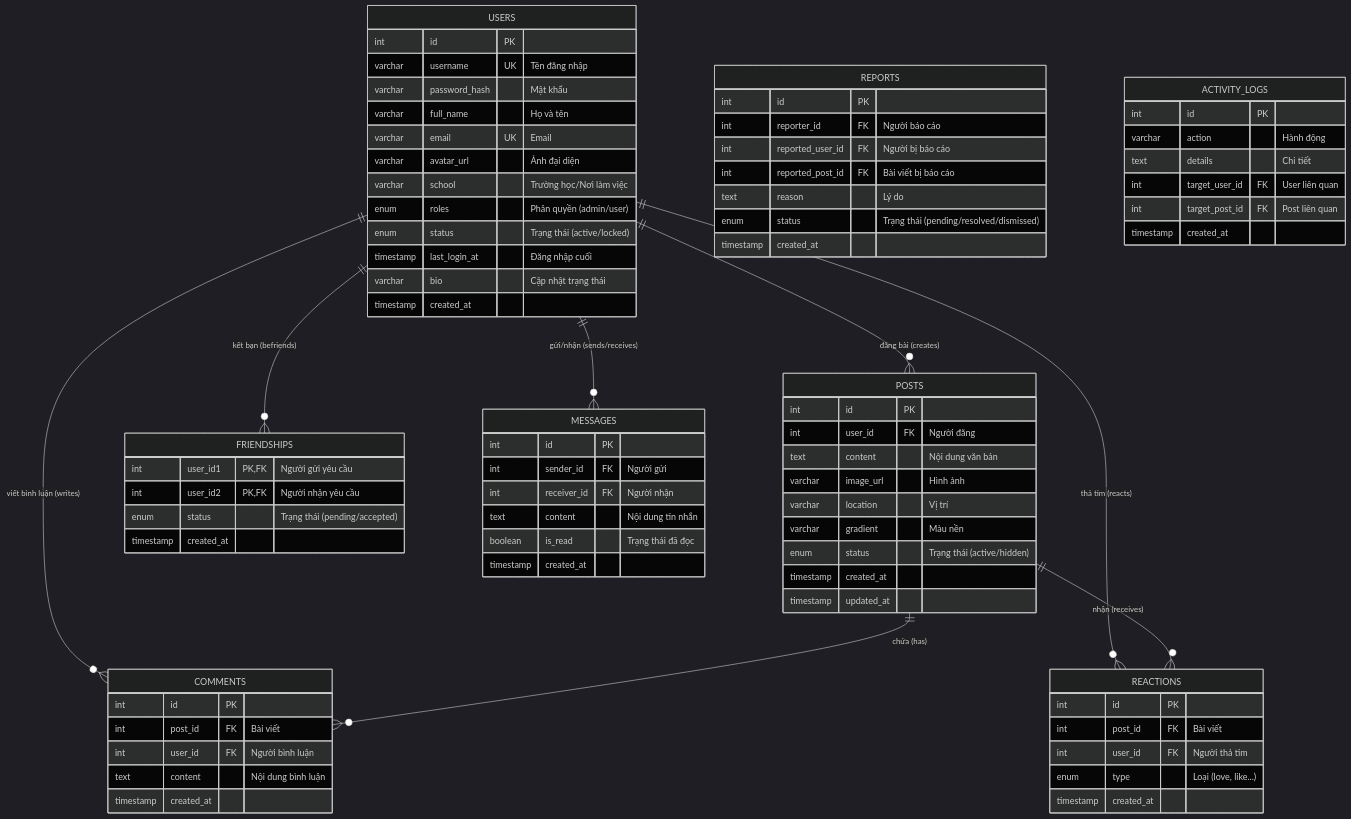
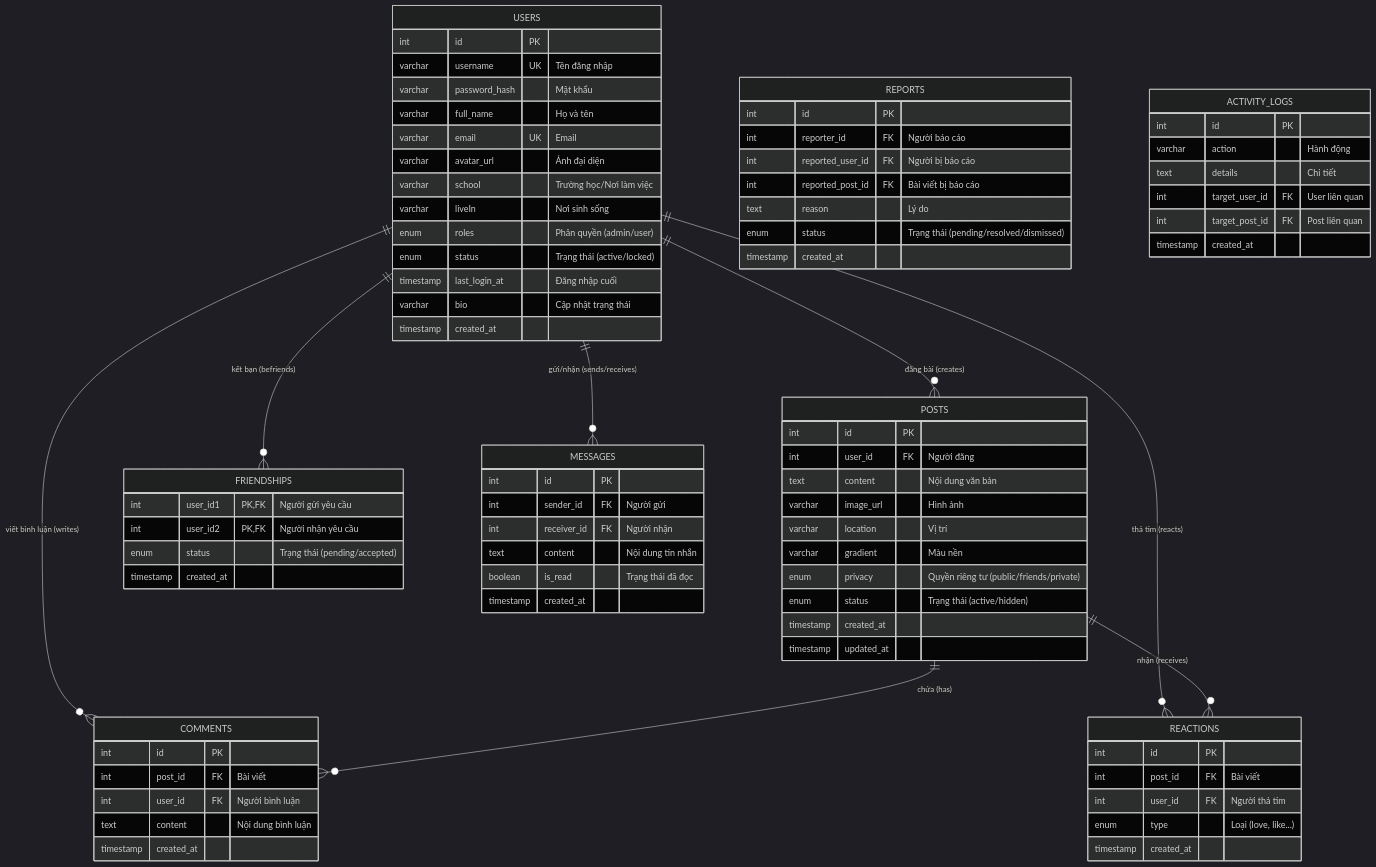
One commit to vhieu2k5/Socialita changed the diagram in mini_social_erd.md. Above: the diagram before and after it, drawn with Mermaid (dark theme). The commit also changed 24 other files, not shown here.

```diff
--- a/mini_social_erd.md
+++ b/mini_social_erd.md
@@ -12,6 +12,7 @@
         varchar email UK "Email"
         varchar avatar_url "Ảnh đại diện"
         varchar school "Trường học/Nơi làm việc"
+        varchar liveIn "Nơi sinh sống"
         enum roles "Phân quyền (admin/user)"
         enum status "Trạng thái (active/locked)"
         timestamp last_login_at "Đăng nhập cuối"
@@ -26,6 +27,7 @@
         varchar image_url "Hình ảnh"
         varchar location "Vị trí"
         varchar gradient "Màu nền"
+        enum privacy "Quyền riêng tư (public/friends/private)"
         enum status "Trạng thái (active/hidden)"
         timestamp created_at
         timestamp updated_at
```
